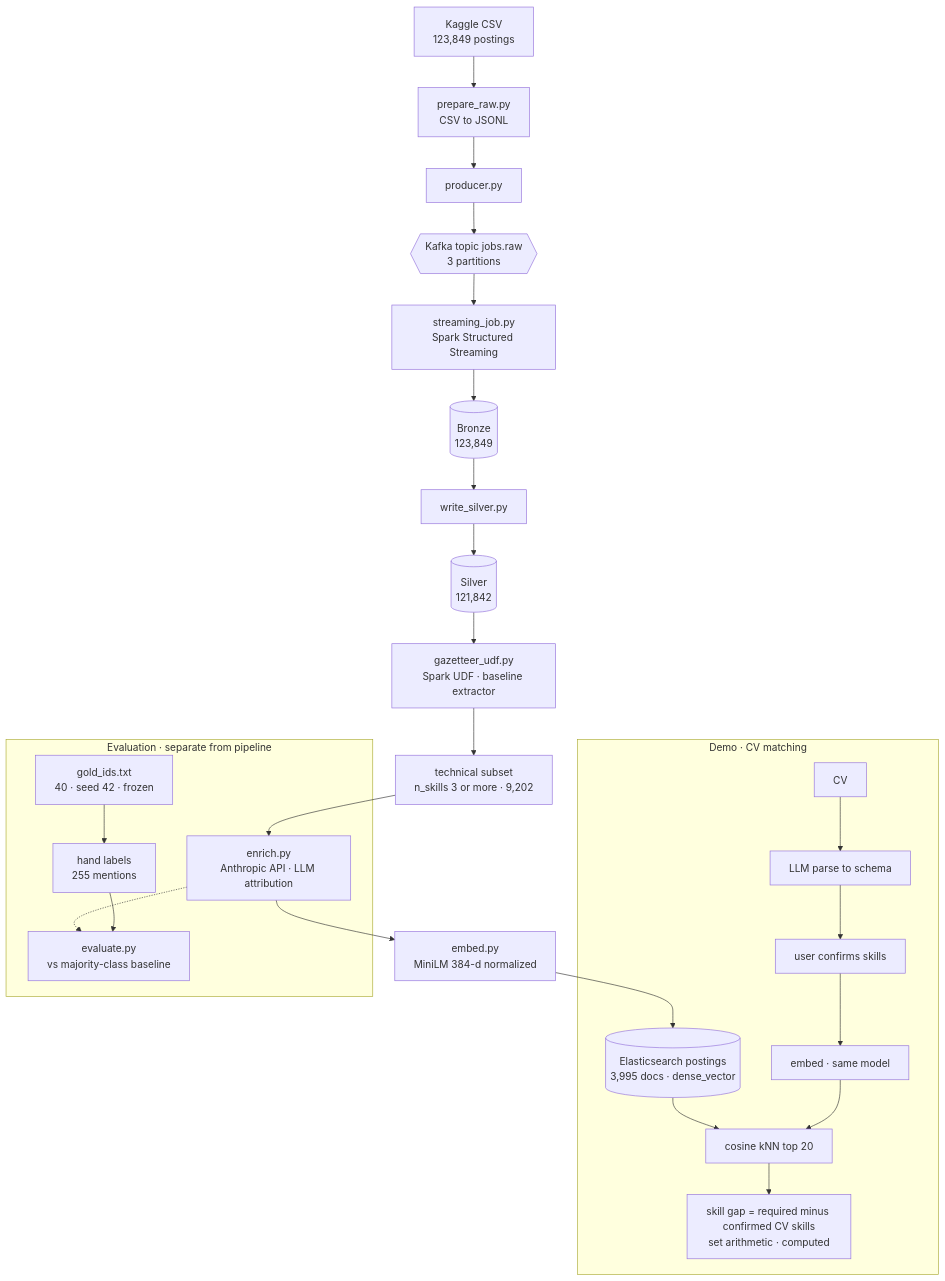
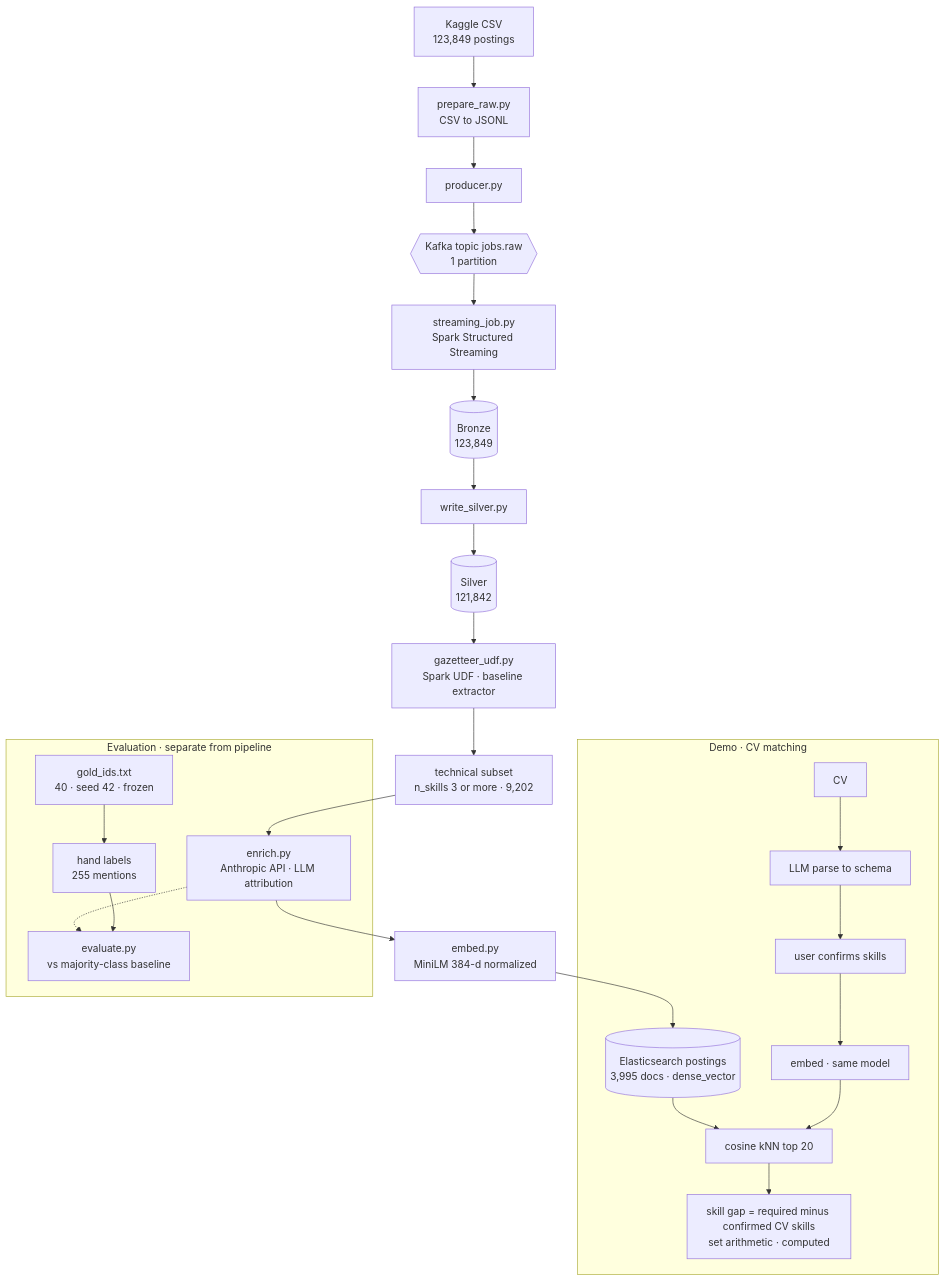
The diagram in docs/design_doc.md (Ari-G1/job-market-intel), drawn with Mermaid before and after one commit.

````diff
--- a/docs/design_doc.md
+++ b/docs/design_doc.md
@@ -19,30 +19,30 @@
 ```mermaid
 flowchart TD
     CSV[Kaggle CSV<br/>123,849 postings] --> PREP[prepare_raw.py<br/>CSV to JSONL]
     PREP --> PROD[producer.py]
-    PROD --> KAFKA{{Kafka topic jobs.raw<br/>3 partitions}}
+    PROD --> KAFKA{{Kafka topic jobs.raw<br/>1 partition}}
     KAFKA --> STREAM[streaming_job.py<br/>Spark Structured Streaming]
     STREAM --> BRONZE[(Bronze<br/>123,849)]
     BRONZE --> SILVER[write_silver.py]
     SILVER --> SLV[(Silver<br/>121,842)]
     SLV --> GAZ[gazetteer_udf.py<br/>Spark UDF · baseline extractor]
     GAZ --> SUBSET[technical subset<br/>n_skills 3 or more · 9,202]
     SUBSET --> ENRICH[enrich.py<br/>Anthropic API · LLM attribution]
     ENRICH --> EMBED[embed.py<br/>MiniLM 384-d normalized]
     EMBED --> ES[(Elasticsearch postings<br/>3,995 docs · dense_vector)]
 
     subgraph DEMO [Demo · CV matching]
         CV[CV] --> CVP[LLM parse to schema]
         CVP --> CONF[user confirms skills]
         CONF --> CVE[embed · same model]
         CVE --> KNN[cosine kNN top 20]
         ES --> KNN
         KNN --> GAP[skill gap = required minus confirmed CV skills<br/>set arithmetic · computed]
     end
 
     subgraph EVAL [Evaluation · separate from pipeline]
         GOLD[gold_ids.txt<br/>40 · seed 42 · frozen] --> LAB[hand labels<br/>255 mentions]
         LAB --> EV[evaluate.py<br/>vs majority-class baseline]
         ENRICH -.-> EV
     end
 ```
````
